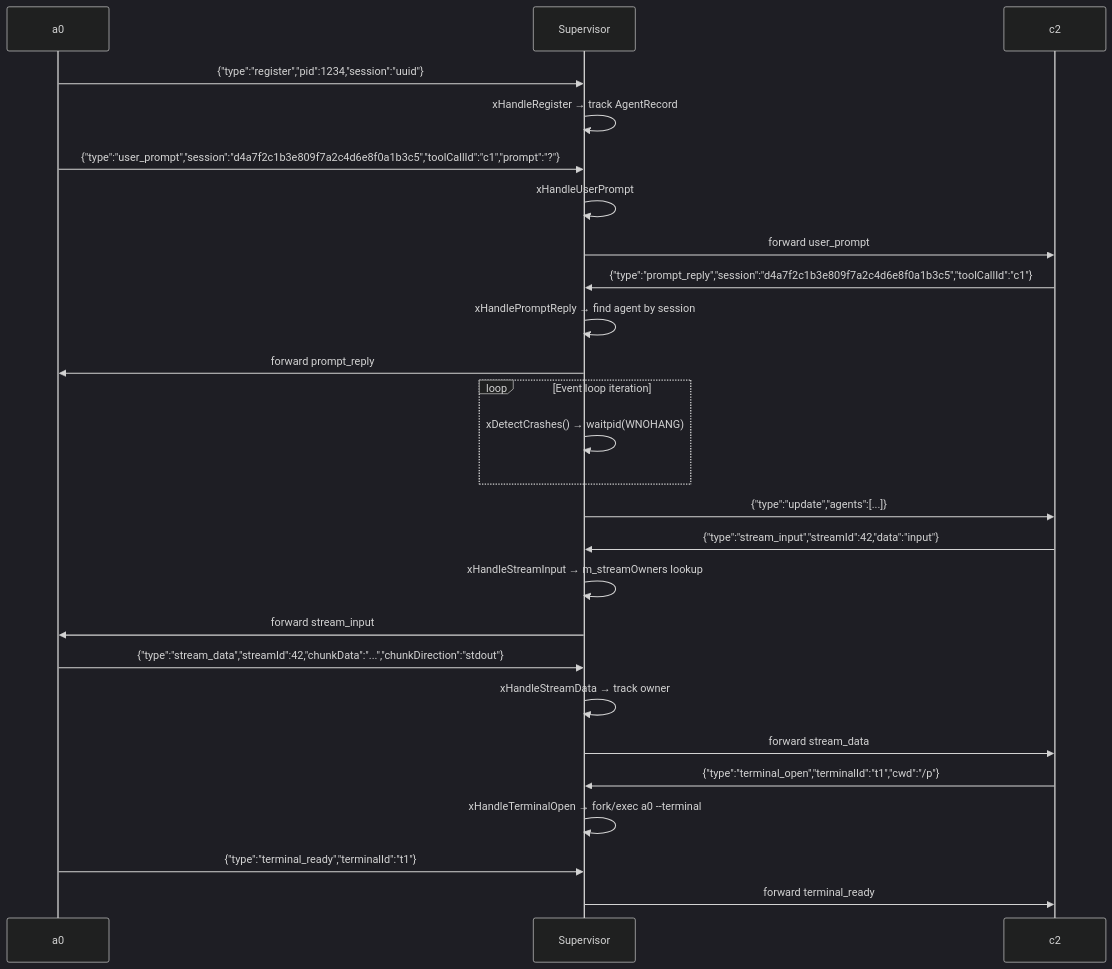
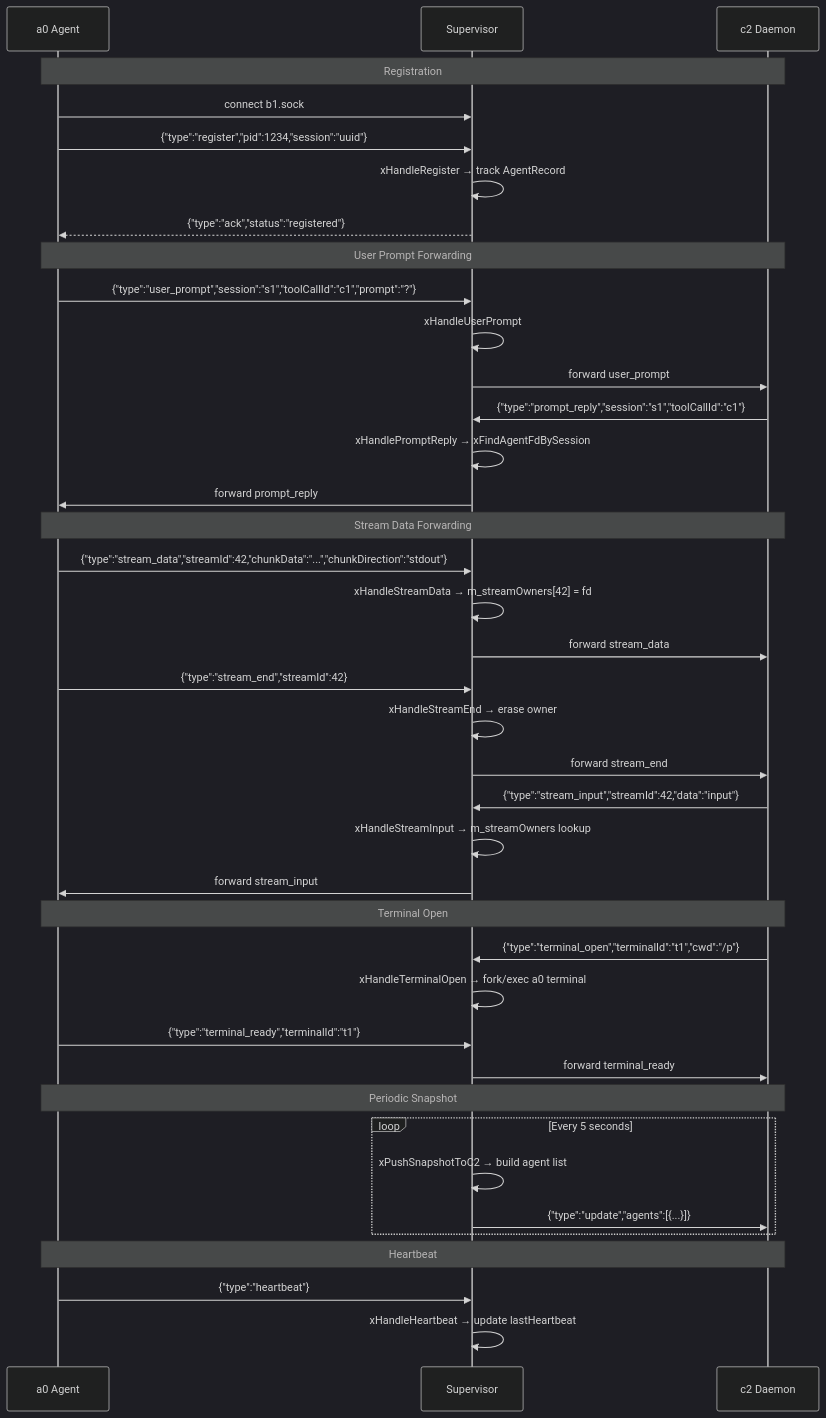
Before and after one commit to opensassi/a0: the second of 2 diagrams in src/b1/supervisor.spec.md, drawn with Mermaid (dark theme). The commit also changed other lines of this file and 165 other files, not shown here.

````diff
--- a/src/b1/supervisor.spec.md
+++ b/src/b1/supervisor.spec.md
@@ -110,36 +195,47 @@
 ```mermaid
 sequenceDiagram
-    participant A0 as a0
+    participant A0 as a0 Agent
     participant Sup as Supervisor
-    participant C2 as c2
+    participant C2 as c2 Daemon
 
+    Note over A0,C2: Registration
+    A0->>Sup: connect b1.sock
     A0->>Sup: {"type":"register","pid":1234,"session":"uuid"}
     Sup->>Sup: xHandleRegister → track AgentRecord
+    Sup-->>A0: {"type":"ack","status":"registered"}
 
-    A0->>Sup: {"type":"user_prompt","session":"d4a7f2c1b3e809f7a2c4d6e8f0a1b3c5","toolCallId":"c1","prompt":"?"}
+    Note over A0,C2: User Prompt Forwarding
+    A0->>Sup: {"type":"user_prompt","session":"s1","toolCallId":"c1","prompt":"?"}
     Sup->>Sup: xHandleUserPrompt
     Sup->>C2: forward user_prompt
-
-    C2->>Sup: {"type":"prompt_reply","session":"d4a7f2c1b3e809f7a2c4d6e8f0a1b3c5","toolCallId":"c1"}
-    Sup->>Sup: xHandlePromptReply → find agent by session
+    C2->>Sup: {"type":"prompt_reply","session":"s1","toolCallId":"c1"}
+    Sup->>Sup: xHandlePromptReply → xFindAgentFdBySession
     Sup->>A0: forward prompt_reply
 
-    loop Event loop iteration
-        Sup->>Sup: xDetectCrashes() → waitpid(WNOHANG)
-    end
-
-    Sup->>C2: {"type":"update","agents":[...]}
-
+    Note over A0,C2: Stream Data Forwarding
+    A0->>Sup: {"type":"stream_data","streamId":42,"chunkData":"...","chunkDirection":"stdout"}
+    Sup->>Sup: xHandleStreamData → m_streamOwners[42] = fd
+    Sup->>C2: forward stream_data
+    A0->>Sup: {"type":"stream_end","streamId":42}
+    Sup->>Sup: xHandleStreamEnd → erase owner
+    Sup->>C2: forward stream_end
     C2->>Sup: {"type":"stream_input","streamId":42,"data":"input"}
     Sup->>Sup: xHandleStreamInput → m_streamOwners lookup
     Sup->>A0: forward stream_input
 
-    A0->>Sup: {"type":"stream_data","streamId":42,"chunkData":"...","chunkDirection":"stdout"}
-    Sup->>Sup: xHandleStreamData → track owner
-    Sup->>C2: forward stream_data
-
+    Note over A0,C2: Terminal Open
     C2->>Sup: {"type":"terminal_open","terminalId":"t1","cwd":"/p"}
-    Sup->>Sup: xHandleTerminalOpen → fork/exec a0 --terminal
+    Sup->>Sup: xHandleTerminalOpen → fork/exec a0 terminal
     A0->>Sup: {"type":"terminal_ready","terminalId":"t1"}
     Sup->>C2: forward terminal_ready
+
+    Note over A0,C2: Periodic Snapshot
+    loop Every 5 seconds
+        Sup->>Sup: xPushSnapshotToC2 → build agent list
+        Sup->>C2: {"type":"update","agents":[{...}]}
+    end
+
+    Note over A0,C2: Heartbeat
+    A0->>Sup: {"type":"heartbeat"}
+    Sup->>Sup: xHandleHeartbeat → update lastHeartbeat
 ```
````
